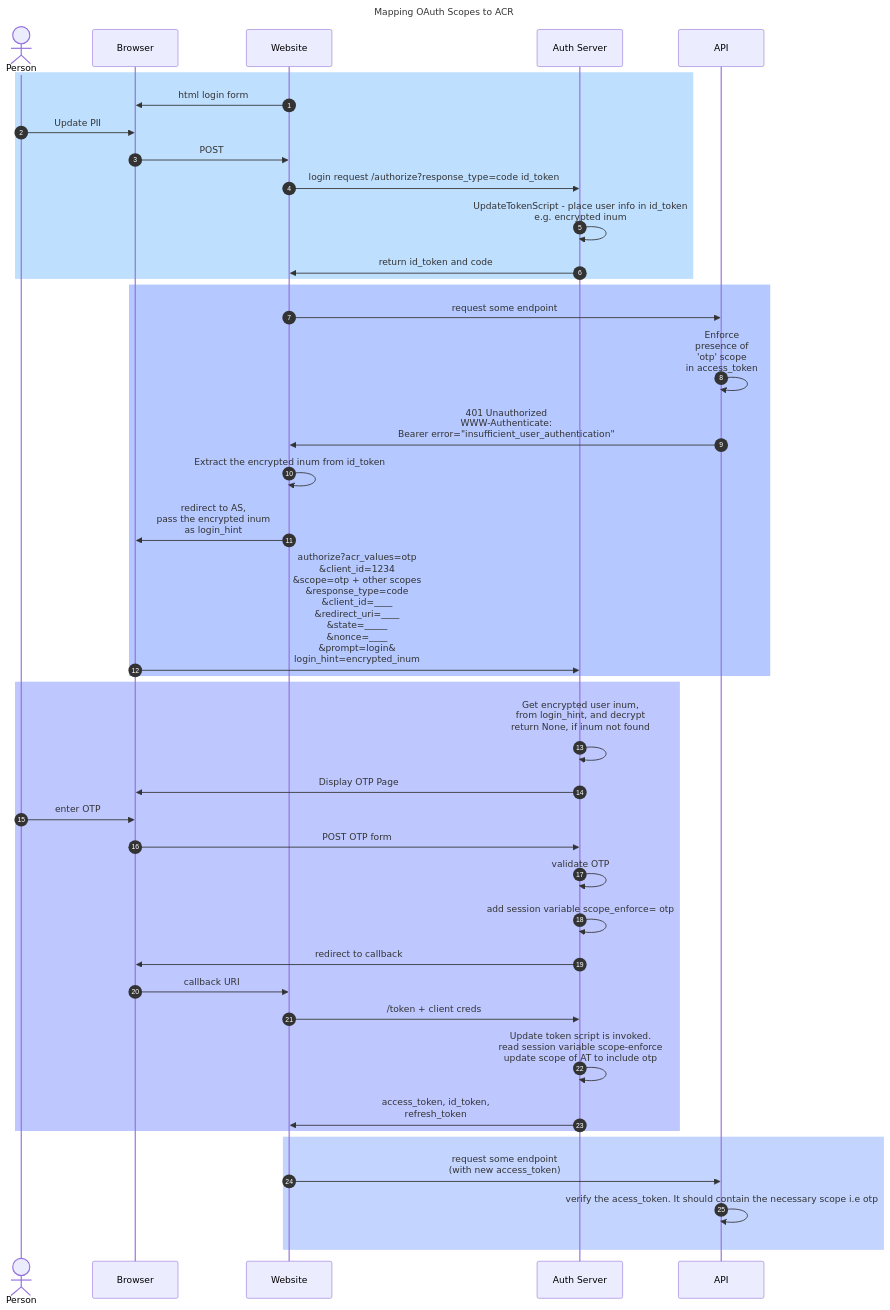
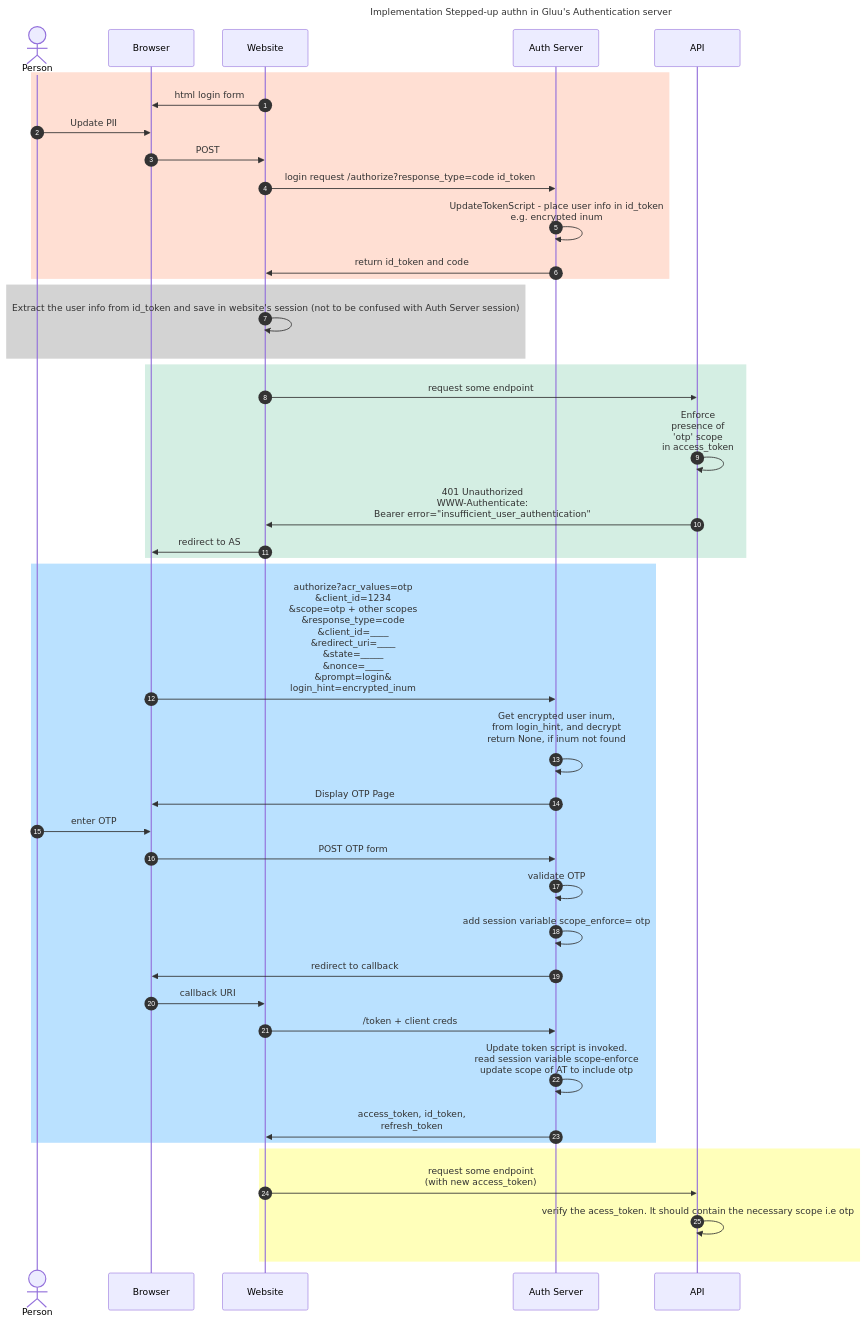
Before and after one commit to GluuFederation/docs-gluu-server-prod: the second of 2 diagrams in docs/source/admin-guide/stepped-up.md, drawn with Mermaid. The commit also changed other lines of this file, not shown here.

````diff
--- a/docs/source/admin-guide/stepped-up.md
+++ b/docs/source/admin-guide/stepped-up.md
@@ -34,47 +40,52 @@
 ```mermaid
 
 sequenceDiagram
-title Mapping OAuth Scopes to ACR
+title Implementation Stepped-up authn in Gluu's Authentication server
 
 actor Person
 participant Browser
 participant Website
 participant Auth Server
 participant API
 autonumber
-rect rgb(191, 223, 255)
+rect rgb(255, 223, 211)
 Website->>Browser: html login form
 Person->>Browser: Update PII
 Browser->>Website: POST 
 Website->>Auth Server: login request /authorize?response_type=code id_token
 Auth Server->> Auth Server: UpdateTokenScript - place user info in id_token <br>e.g. encrypted inum
 Auth Server ->>Website: return id_token and code
 end
-rect rgb(181, 200, 255)
+rect rgb(211,211,211)
+Website->> Website: Extract the user info from id_token and save in website's session (not to be confused with Auth Server session)
+end
+
+rect rgb(212, 238, 227)
 Website->>API: request some endpoint
 API->>API:  Enforce<br> presence of <br> 'otp' scope<br> in  access_token
 API->>Website: 401 Unauthorized<br>WWW-Authenticate: <br>Bearer error="insufficient_user_authentication" 
-Website->>Website: Extract the encrypted inum from id_token
-Website->>Browser:  redirect to AS, <br>pass the encrypted inum <br>as login_hint
+Website->>Browser:  redirect to AS
+end
+
+
+rect rgb(186,225,255)
 Browser->>Auth Server: authorize?acr_values=otp<br>&client_id=1234<br>&scope=otp + other scopes<br>&response_type=code<br>&client_id=____<br>&redirect_uri=____<br>&state=_____<br>&nonce=____<br>&prompt=login&<br>login_hint=encrypted_inum
-end
-rect rgb(190, 200, 255)
 Auth Server->>Auth Server:  Get encrypted user inum,<br>from login_hint, and decrypt<br>return None, if inum not found<br> 
 Auth Server->>Browser:  Display OTP Page
 Person->>Browser:  enter OTP
 Browser->>Auth Server: POST OTP form
 Auth Server->>Auth Server: validate OTP
 Auth Server->>Auth Server: add session variable scope_enforce= otp
 Auth Server->>Browser:  redirect to callback
 Browser->>Website:  callback URI
 Website->>Auth Server: /token + client creds
 Auth Server->>Auth Server:  Update token script is invoked. <br> read session variable scope-enforce <br> update scope of AT to include otp
 Auth Server->>Website: access_token, id_token,<br>refresh_token
 end 
 
-rect rgb(195, 212, 255)
+rect rgb(255,255,186)
 Website->>API:  request some endpoint<br>(with new access_token)
 API->>API:  verify the acess_token. It should contain the necessary scope i.e otp
 end
 
 ```
````
